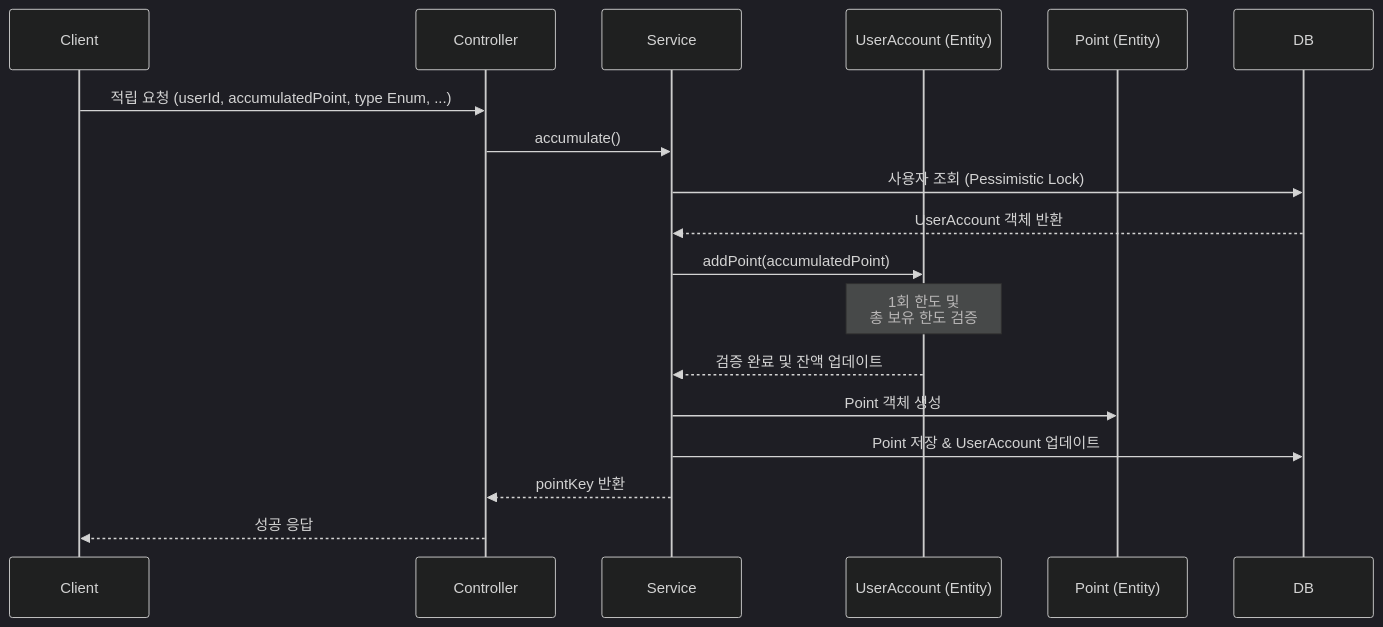
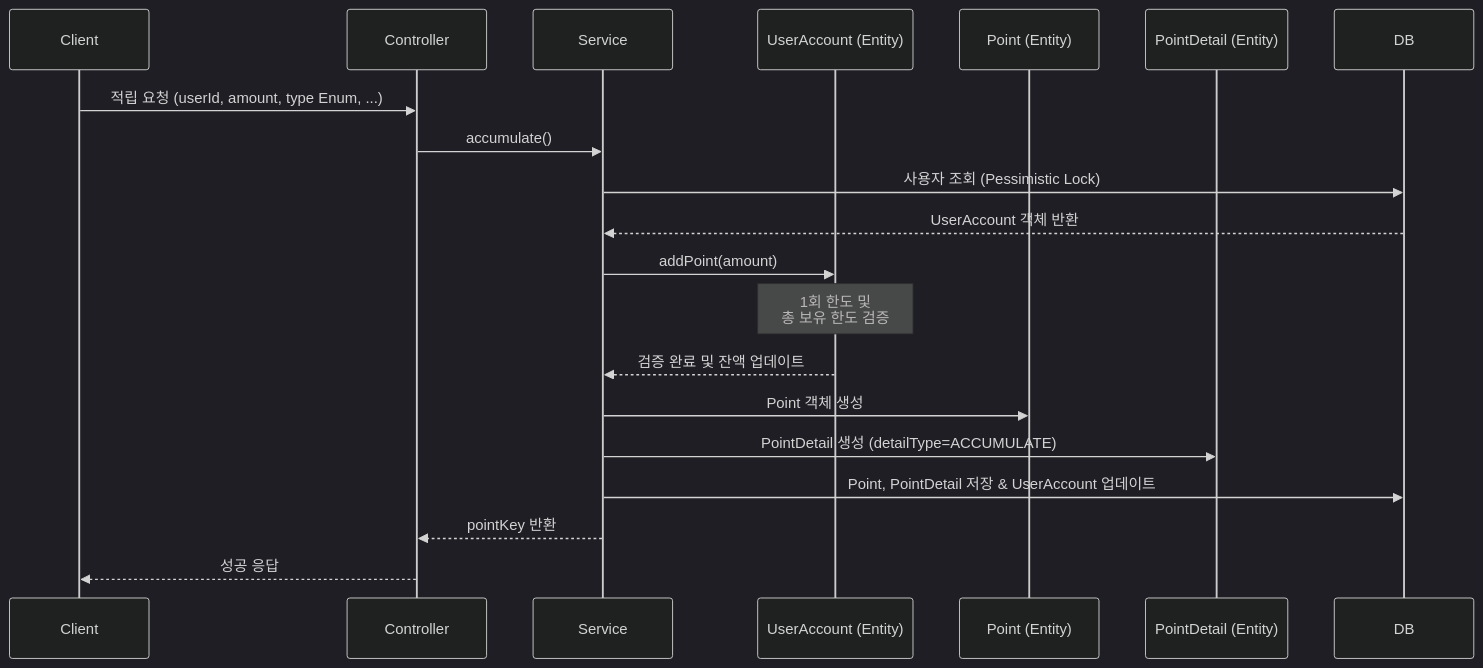
Before and after one commit to muzzaiwork/point: the diagram in docs/api/적립.md, drawn with Mermaid (dark theme). The commit also changed other lines of this file and 25 other files, not shown here.

````diff
--- a/docs/api/적립.md
+++ b/docs/api/적립.md
@@ -60,22 +60,24 @@
 ```mermaid
 sequenceDiagram
     participant Client
     participant Controller
     participant Service
     participant UserAccountEntity as UserAccount (Entity)
     participant PointEntity as Point (Entity)
-    participant DB
+    participant DetailEntity as PointDetail (Entity)
+    participant DB as DB
 
-    Client->>Controller: 적립 요청 (userId, accumulatedPoint, type Enum, ...)
+    Client->>Controller: 적립 요청 (userId, amount, type Enum, ...)
     Controller->>Service: accumulate()
     Service->>DB: 사용자 조회 (Pessimistic Lock)
     DB-->>Service: UserAccount 객체 반환
-    Service->>UserAccountEntity: addPoint(accumulatedPoint)
+    Service->>UserAccountEntity: addPoint(amount)
     Note over UserAccountEntity: 1회 한도 및<br/>총 보유 한도 검증
     UserAccountEntity-->>Service: 검증 완료 및 잔액 업데이트
     
     Service->>PointEntity: Point 객체 생성
-    Service->>DB: Point 저장 & UserAccount 업데이트
+    Service->>DetailEntity: PointDetail 생성 (detailType=ACCUMULATE)
+    Service->>DB: Point, PointDetail 저장 & UserAccount 업데이트
     Service-->>Controller: pointKey 반환
     Controller-->>Client: 성공 응답
 ```
````
